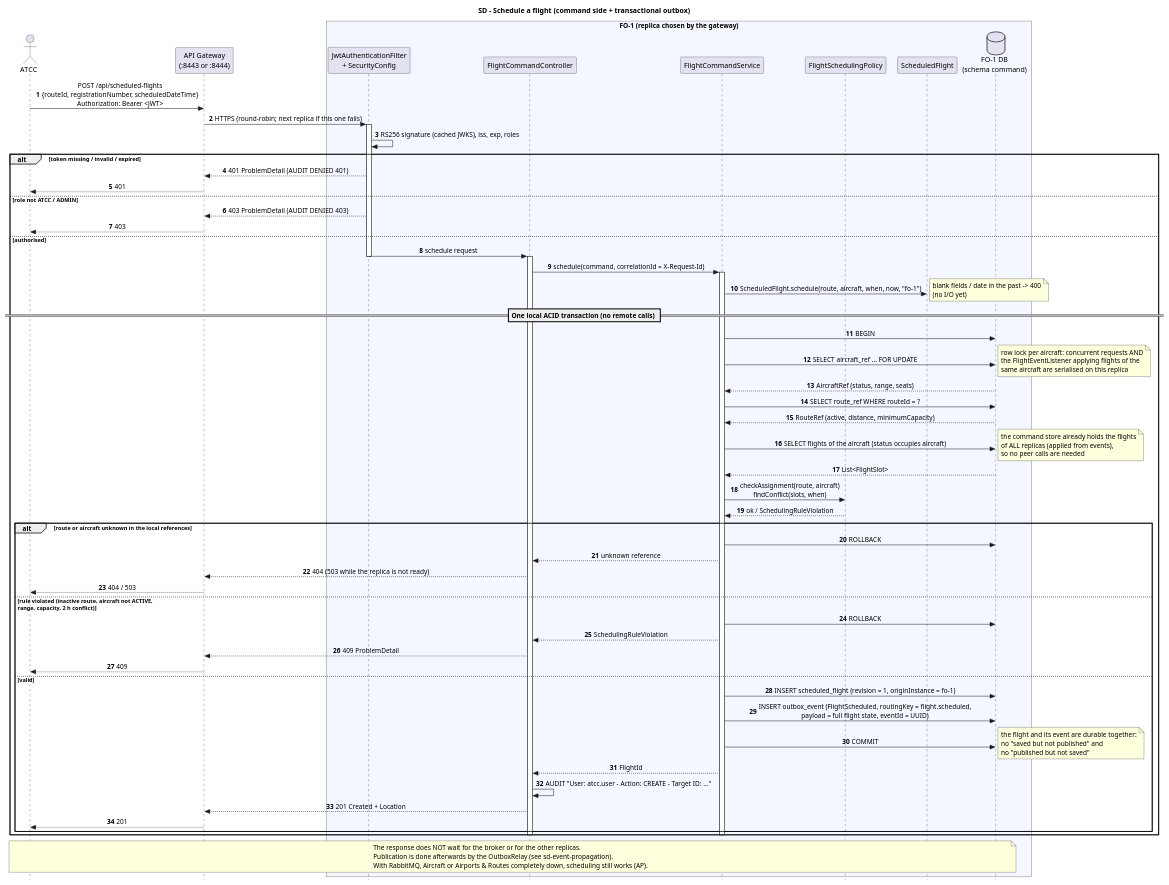
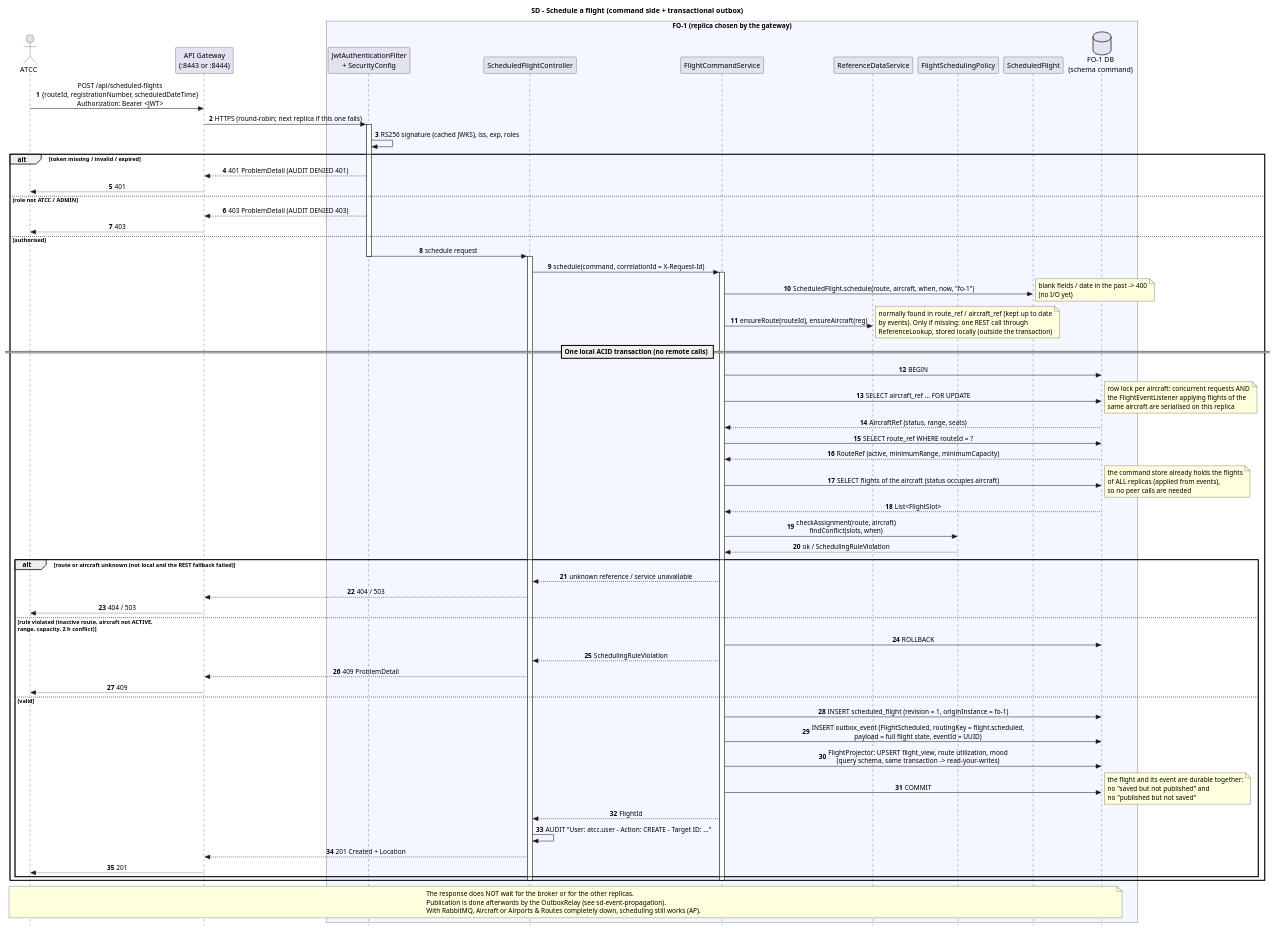
The diagram in Services/Flighting Operations/docs/sd-schedule-flight.puml (anamartasilvaa/SIDIG_AI_Safe), drawn with PlantUML before and after one commit. The commit also changed 9 other files, not shown here.

Commit message:
FO: diagramas atualizados com a versão

```diff
--- a/Services/Flighting Operations/docs/sd-schedule-flight.puml
+++ b/Services/Flighting Operations/docs/sd-schedule-flight.puml
@@ -1,80 +1,84 @@
 @startuml sd-schedule-flight
 skinparam style strictuml
 skinparam sequenceMessageAlign center
 autonumber
 title SD - Schedule a flight (command side + transactional outbox)
 
 actor "ATCC" as User
 participant "API Gateway\n(:8443 or :8444)" as GW
 box "FO-1 (replica chosen by the gateway)" #F4F7FF
 participant "JwtAuthenticationFilter\n+ SecurityConfig" as Sec
-participant "FlightCommandController" as Ctrl
+participant "ScheduledFlightController" as Ctrl
 participant "FlightCommandService" as Svc
+participant "ReferenceDataService" as Ref
 participant "FlightSchedulingPolicy" as Policy
 participant "ScheduledFlight" as Agg
 database "FO-1 DB\n(schema command)" as DB
 end box
 
 User -> GW : POST /api/scheduled-flights\n{routeId, registrationNumber, scheduledDateTime}\nAuthorization: Bearer <JWT>
 GW -> Sec : HTTPS (round-robin; next replica if this one fails)
 activate Sec
 Sec -> Sec : RS256 signature (cached JWKS), iss, exp, roles
 alt token missing / invalid / expired
   Sec --> GW : 401 ProblemDetail (AUDIT DENIED 401)
   GW --> User : 401
 else role not ATCC / ADMIN
   Sec --> GW : 403 ProblemDetail (AUDIT DENIED 403)
   GW --> User : 403
 else authorised
 Sec -> Ctrl : schedule request
 deactivate Sec
 activate Ctrl
 Ctrl -> Svc : schedule(command, correlationId = X-Request-Id)
 activate Svc
 
 Svc -> Agg : ScheduledFlight.schedule(route, aircraft, when, now, "fo-1")
 note right : blank fields / date in the past -> 400\n(no I/O yet)
 
+Svc -> Ref : ensureRoute(routeId), ensureAircraft(reg)
+note right : normally found in route_ref / aircraft_ref (kept up to date\nby events). Only if missing: one REST call through\nReferenceLookup, stored locally (outside the transaction)
+
 == One local ACID transaction (no remote calls) ==
 Svc -> DB : BEGIN
 Svc -> DB : SELECT aircraft_ref ... FOR UPDATE
 note right : row lock per aircraft: concurrent requests AND\nthe FlightEventListener applying flights of the\nsame aircraft are serialised on this replica
 DB --> Svc : AircraftRef (status, range, seats)
 Svc -> DB : SELECT route_ref WHERE routeId = ?
-DB --> Svc : RouteRef (active, distance, minimumCapacity)
+DB --> Svc : RouteRef (active, minimumRange, minimumCapacity)
 Svc -> DB : SELECT flights of the aircraft (status occupies aircraft)
 note right : the command store already holds the flights\nof ALL replicas (applied from events),\nso no peer calls are needed
 DB --> Svc : List<FlightSlot>
 Svc -> Policy : checkAssignment(route, aircraft)\nfindConflict(slots, when)
 Policy --> Svc : ok / SchedulingRuleViolation
 
-alt route or aircraft unknown in the local references
-  Svc -> DB : ROLLBACK
-  Svc --> Ctrl : unknown reference
-  Ctrl --> GW : 404 (503 while the replica is not ready)
+alt route or aircraft unknown (not local and the REST fallback failed)
+  Svc --> Ctrl : unknown reference / service unavailable
+  Ctrl --> GW : 404 / 503
   GW --> User : 404 / 503
 else rule violated (inactive route, aircraft not ACTIVE,\nrange, capacity, 2 h conflict)
   Svc -> DB : ROLLBACK
   Svc --> Ctrl : SchedulingRuleViolation
   Ctrl --> GW : 409 ProblemDetail
   GW --> User : 409
 else valid
   Svc -> DB : INSERT scheduled_flight (revision = 1, originInstance = fo-1)
   Svc -> DB : INSERT outbox_event (FlightScheduled, routingKey = flight.scheduled,\npayload = full flight state, eventId = UUID)
+  Svc -> DB : FlightProjector: UPSERT flight_view, route utilization, mood\n(query schema, same transaction -> read-your-writes)
   Svc -> DB : COMMIT
   note right : the flight and its event are durable together:\nno "saved but not published" and\nno "published but not saved"
   Svc --> Ctrl : FlightId
   Ctrl -> Ctrl : AUDIT "User: atcc.user - Action: CREATE - Target ID: ..."
   Ctrl --> GW : 201 Created + Location
   GW --> User : 201
 end
 deactivate Svc
 deactivate Ctrl
 end
 
 note over User, DB
   The response does NOT wait for the broker or for the other replicas.
   Publication is done afterwards by the OutboxRelay (see sd-event-propagation).
   With RabbitMQ, Aircraft or Airports & Routes completely down, scheduling still works (AP).
 end note
 @enduml
```
